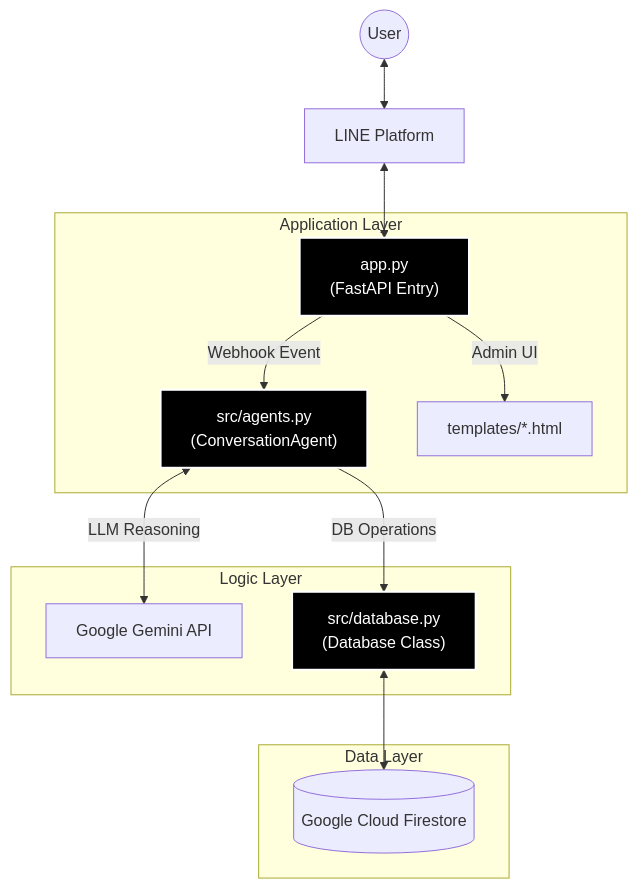
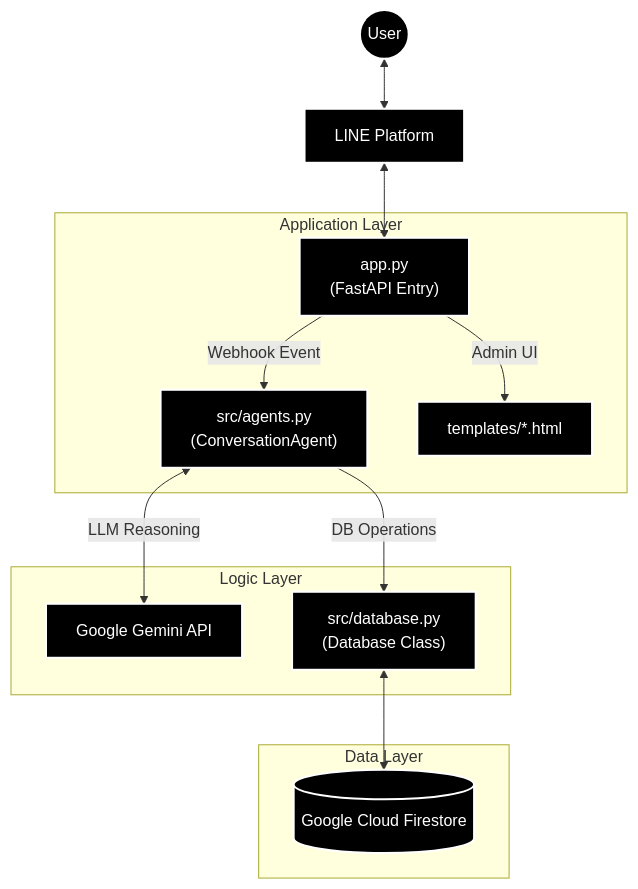
One commit to spike688023/line_AI_booking changed the diagram in ARCHITECTURE.md. Above: the diagram before and after it, drawn with Mermaid.

Commit message:
style: apply high contrast black theme to all architecture nodes

````diff
--- a/ARCHITECTURE.md
+++ b/ARCHITECTURE.md
@@ -20,22 +20,22 @@
 ```mermaid
 graph TD
     User((User)) <--> LINE[LINE Platform]
     LINE <--> App["app.py\n(FastAPI Entry)"]
     
     subgraph "Application Layer"
         App -->|Webhook Event| AgentMgr["src/agents.py\n(ConversationAgent)"]
         App -->|Admin UI| Templates[templates/*.html]
     end
     
     subgraph "Logic Layer"
         AgentMgr <-->|LLM Reasoning| Gemini[Google Gemini API]
         AgentMgr -->|DB Operations| DB["src/database.py\n(Database Class)"]
     end
     
     subgraph "Data Layer"
         DB <--> Firestore[(Google Cloud Firestore)]
     end
     
     classDef file fill:#000000,color:#ffffff,stroke:#ffffff,stroke-width:2px;
-    class App,AgentMgr,DB file;
+    class User,LINE,App,AgentMgr,Templates,Gemini,DB,Firestore file;
 ```
````
